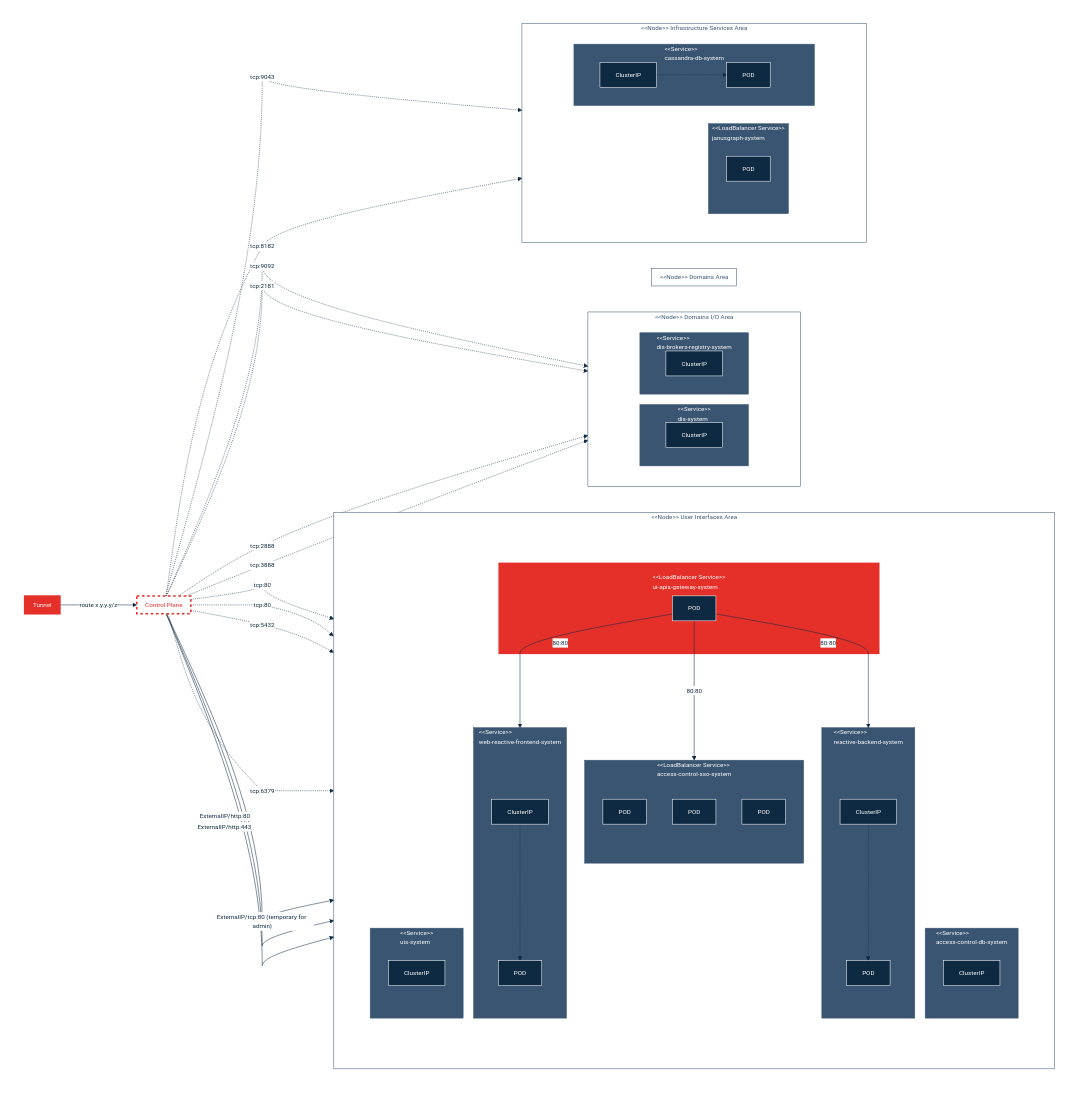
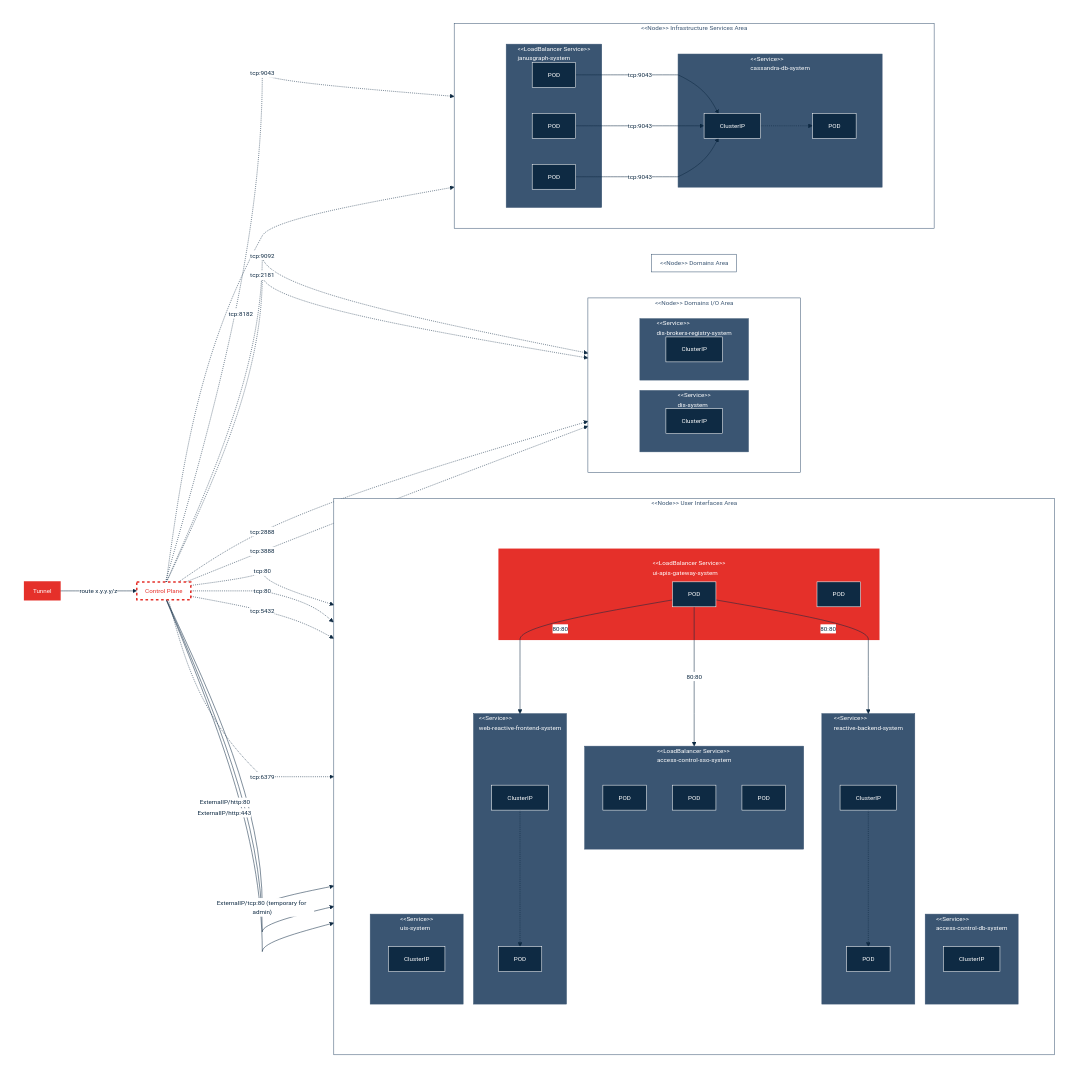
One commit to cybnity/iac-helm-charts changed the second of 2 diagrams in cybnity-platform/README.md. Above: the diagram before and after it, drawn with Mermaid. The commit also changed 1 other file, not shown here.

Commit message:
doc evolution regarding pod communications

```diff
--- a/cybnity-platform/README.md
+++ b/cybnity-platform/README.md
@@ -249,6 +249,7 @@
          direction TB
          subgraph service8["\n #60;#60;LoadBalancer Service#62;#62; \n ui-apis-gateway-system "]
             podproxy1["POD"]
+            podproxy2["POD"]
          end
          subgraph service1[" #60;#60;Service#62;#62; \n web-reactive-frontend-system "]
             clusterip1["ClusterIP"]
@@ -258,7 +259,7 @@
             clusterip4["ClusterIP"]
             pod2["POD"]
          end
-         subgraph service3[" #60;#60;LoadBalancer Service#62;#62; \n access-control-sso-system \n"]
+         subgraph service3[" #60;#60;LoadBalancer Service#62;#62; \n access-control-sso-system "]
             pod3["POD"]
             pod4["POD"]
             pod5["POD"]
@@ -290,12 +291,14 @@
      subgraph is[" #60;#60;Node#62;#62; Infrastructure Services Area "]
          direction LR
          subgraph inflayer1[" "]
-            subgraph service9[" #60;#60;LoadBalancer Service#62;#62; \n janusgraph-system \n"]
+            subgraph service9[" #60;#60;LoadBalancer Service#62;#62; \n janusgraph-system "]
                pod6["POD"]
+               pod7["POD"]
+               pod8["POD"]
             end
-            subgraph service10[" #60;#60;Service#62;#62; \n cassandra-db-system \n"]
+            subgraph service10[" #60;#60;Service#62;#62; \n cassandra-db-system "]
                clusterip7["ClusterIP"]
-               pod7["POD"]
+               pod9["POD"]
             end
          end
      end
@@ -303,8 +306,8 @@
   tunnel -- "route x.y.y.y/z" --> controlplane
   controlplane -. "tcp:80" .-> clusterip1 -.-> pod1
   podproxy1 -- "80:80" --> service1
+  controlplane -. "tcp:80" .-> clusterip4 -.-> pod2
   podproxy1 -- "80:80" --> service2
-  controlplane -. "tcp:80" .-> clusterip4 -.-> pod2
   controlplane -- "ExternalIP/tcp:80 (temporary for admin)" --> service3
   podproxy1 -- "80:80" --> service3
   controlplane -. "tcp:5432" .-> clusterip2
@@ -315,8 +318,9 @@
   controlplane -. "tcp:2181" .-> clusterip6
   controlplane -. "tcp:2888" .-> clusterip6
   controlplane -. "tcp:3888" .-> clusterip6
+  controlplane -. "tcp:9043" .-> clusterip7 -.-> pod9
+  pod6 & pod7 & pod8  -- "tcp:9043" --> clusterip7
   controlplane -. "tcp:8182" .-> service9
-  controlplane -. "tcp:9043" .-> clusterip7 -.-> pod7
   
   classDef red fill:#e5302a, stroke:#e5302a, color:#fff, stroke-width:3px
   classDef medium fill:#fff, stroke:#3a5572, color:#3a5572
@@ -327,7 +331,7 @@
   classDef internalconfig fill:#0e2a43, stroke:#fff, color:#fff
   class service1,service2,service3,service4,service5,service6,service7,service9,service10 mediumfill;
   class ui,di,da,is medium;
-  class pod1,pod2,pod3,pod4,pod5,pod6,pod7,podproxy1,clusterip1,clusterip2,clusterip3,clusterip4,clusterip5,clusterip6,clusterip7 dark;
+  class pod1,pod2,pod3,pod4,pod5,pod6,pod7,pod8,pod9,podproxy1,podproxy2,clusterip1,clusterip2,clusterip3,clusterip4,clusterip5,clusterip6,clusterip7 dark;
   class tunnel,service8 red;
   class controlplane reddot;
 
```
